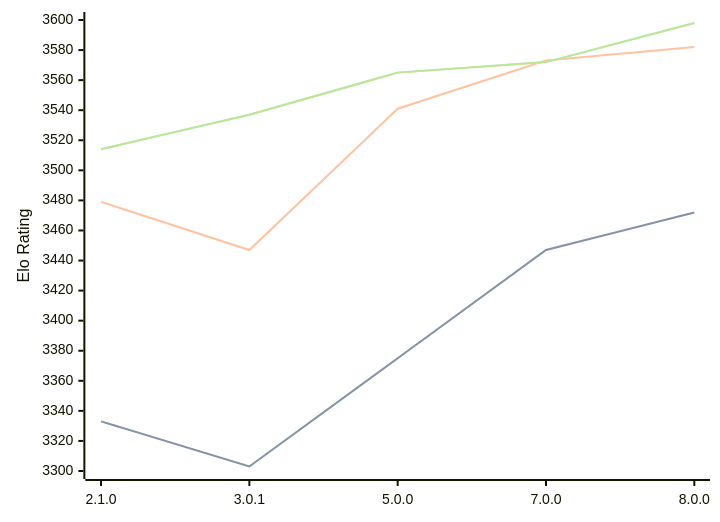
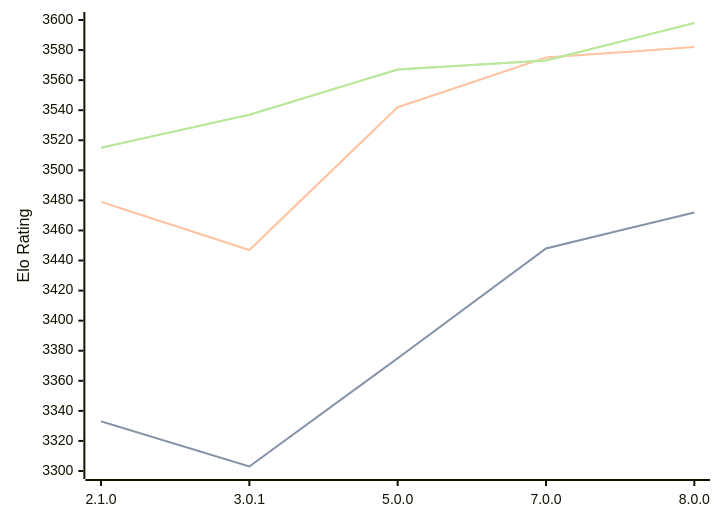
Before and after one commit to computer-chess-index/cci: the diagram in engines/PlentyChess.md, drawn with Mermaid. The commit also changed other lines of this file, not shown here.

Commit message:
Update CCI Ratings (ELO VLTC) - 2026-10-08

````diff
--- a/engines/PlentyChess.md
+++ b/engines/PlentyChess.md
@@ -37,11 +37,11 @@
 ```mermaid
 %%{init: {"theme":"base","themeVariables":{"seriesColors:['#a3a3a3','#222221','#faa371']}}}%%
 xychart-beta
   x-axis ["2.1.0", "3.0.1", "5.0.0", "7.0.0", "8.0.0"]
   y-axis "Elo Rating" 3300 --> 3600
-  line "" [3333, 3303, 3375, 3447, 3472]
-  line "STC (8.0+0.08s)" [3333, 3303, 3375, 3447, 3472]
-  line "LTC (60.0+0.60s)" [3479, 3447, 3541, 3573, 3582]
-  line "" [3514, 3537, 3565, 3572, 3598]
-  line "VLTC (2m24s+1.12s)" [3514, 3537, 3565, 3572, 3598]
+  line "" [3333, 3303, 3375, 3448, 3472]
+  line "STC (8.0+0.08s)" [3333, 3303, 3375, 3448, 3472]
+  line "LTC (60.0+0.60s)" [3479, 3447, 3542, 3575, 3582]
+  line "" [3515, 3537, 3567, 3573, 3598]
+  line "VLTC (2m24s+1.12s)" [3515, 3537, 3567, 3573, 3598]
 ```
````
